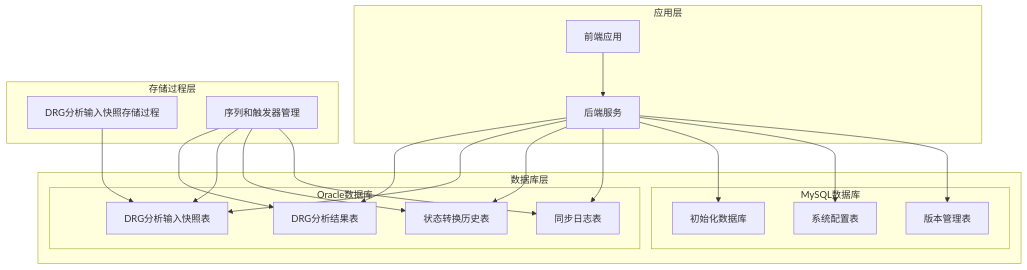
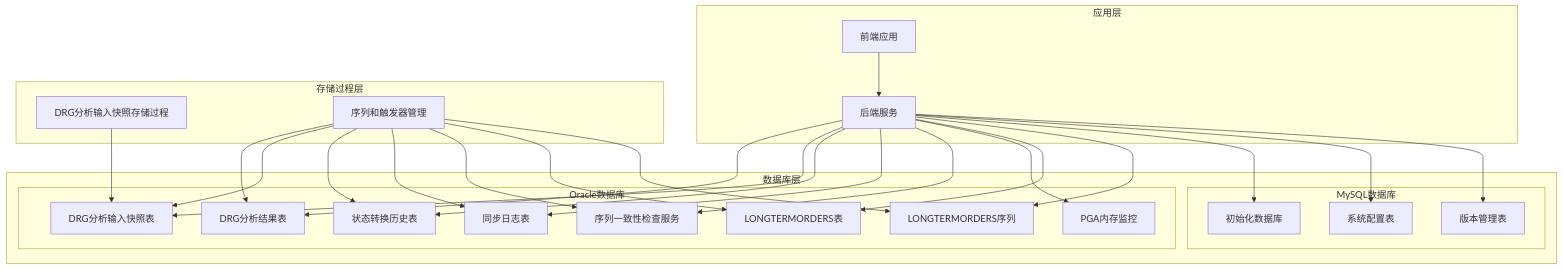
One commit to liuzh2008/med_ai_assistant_workspace changed the fifth of 17 diagrams in .qoder/repowiki/zh/content/Database Operations.md. Above: the diagram before and after it, drawn with Mermaid. The commit also changed other lines of this file and 6 other files, not shown here.

````diff
--- a/.qoder/repowiki/zh/content/Database Operations.md
+++ b/.qoder/repowiki/zh/content/Database Operations.md
@@ -181,37 +237,48 @@
 ```mermaid
 graph TB
 subgraph "应用层"
 A[前端应用]
 B[后端服务]
 end
 subgraph "数据库层"
 subgraph "Oracle数据库"
 C[DRG分析结果表]
 D[DRG分析输入快照表]
 E[状态转换历史表]
 F[同步日志表]
+G[序列一致性检查服务]
+H[PGA内存监控]
+I[LONGTERMORDERS表]
+J[LONGTERMORDERS序列]
 end
 subgraph "MySQL数据库"
-G[初始化数据库]
-H[系统配置表]
-I[版本管理表]
+K[初始化数据库]
+L[系统配置表]
+M[版本管理表]
 end
 end
 subgraph "存储过程层"
-J[DRG分析输入快照存储过程]
-K[序列和触发器管理]
+N[DRG分析输入快照存储过程]
+O[序列和触发器管理]
 end
 A --> B
 B --> C
 B --> D
 B --> E
 B --> F
 B --> G
 B --> H
 B --> I
-J --> D
-K --> C
-K --> D
-K --> E
-K --> F
+B --> J
+B --> K
+B --> L
+B --> M
+N --> D
+O --> C
+O --> D
+O --> E
+O --> F
+O --> G
+O --> I
+O --> J
 ```
````
